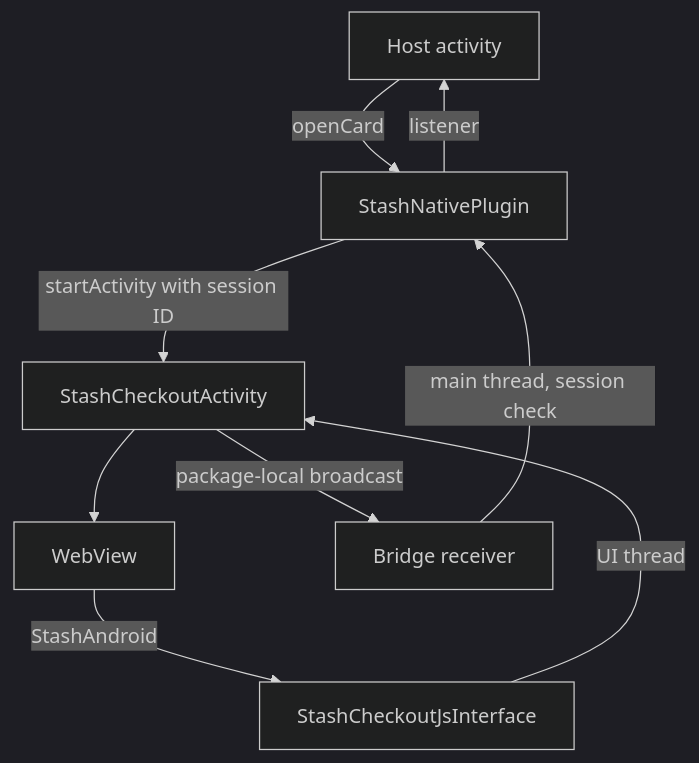
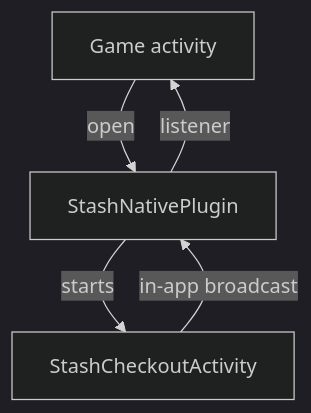
One commit to stashgg/stash-native changed the diagram in docs/architecture/android.md. Above: the diagram before and after it, drawn with Mermaid (dark theme). The commit also changed other lines of this file and 6 other files, not shown here.

First line of the commit message:
[docs] Simplify Package Architecture into an overview

````diff
--- a/docs/architecture/android.md
+++ b/docs/architecture/android.md
@@ -35,11 +14,7 @@
 ```mermaid
 flowchart TB
-    Host[Host activity] -->|openCard| Plugin[StashNativePlugin]
-    Plugin -->|startActivity with session ID| Checkout[StashCheckoutActivity]
-    Checkout --> WebView
-    WebView -->|StashAndroid| JsInterface[StashCheckoutJsInterface]
-    JsInterface -->|UI thread| Checkout
-    Checkout -->|package-local broadcast| Receiver[Bridge receiver]
-    Receiver -->|main thread, session check| Plugin
-    Plugin -->|listener| Host
+    Game[Game activity] -->|open| Plugin[StashNativePlugin]
+    Plugin -->|starts| Activity[StashCheckoutActivity]
+    Activity -->|in-app broadcast| Plugin
+    Plugin -->|listener| Game
 ```
````
